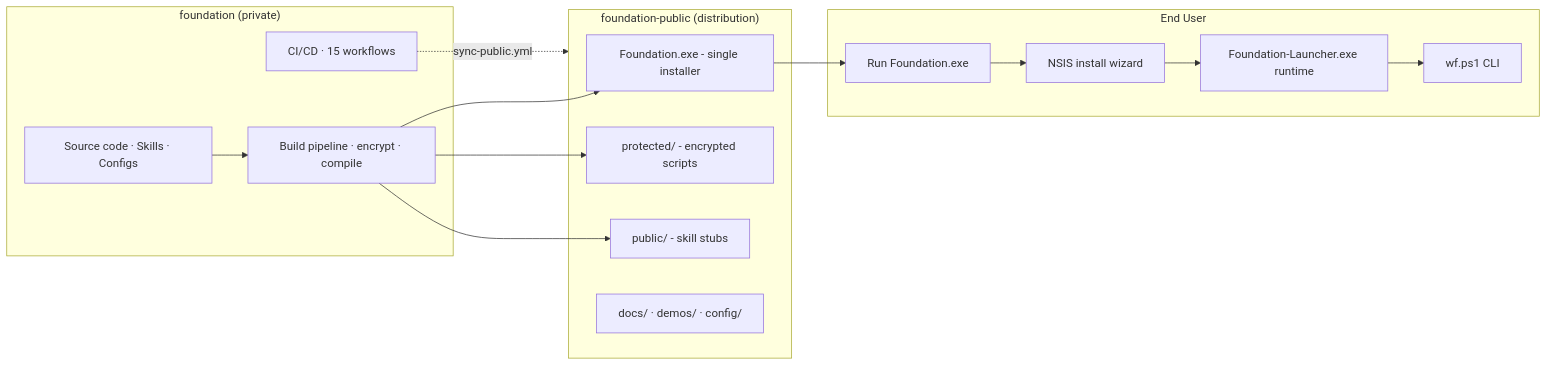
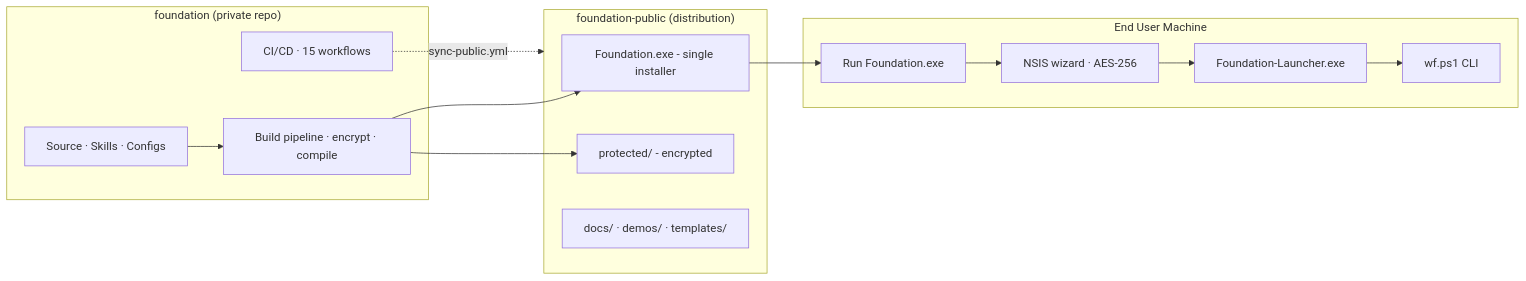
Before and after one commit to EmmanuelOrtiz87/gentle-vanguard: the third of 3 diagrams in README.md, drawn with Mermaid. The commit also changed other lines of this file, not shown here.

First line of the commit message:
docs: add live CLI example, fix Mermaid diagram, improve README structure

````diff
--- a/README.md
+++ b/README.md
@@ -148,32 +205,27 @@
 ```mermaid
 flowchart LR
-    subgraph Private["foundation (private)"]
-        SRC[Source code · Skills · Configs]
+    subgraph Private["foundation (private repo)"]
+        SRC[Source · Skills · Configs]
         BUILD[Build pipeline · encrypt · compile]
         CI[CI/CD · 15 workflows]
     end
 
     subgraph Public["foundation-public (distribution)"]
         EXE[Foundation.exe - single installer]
-        PROTECTED[protected/ - encrypted scripts]
-        PUBLIC[public/ - skill stubs]
-        DOCS[docs/ · demos/ · config/]
+        PROTECTED[protected/ - encrypted]
+        PDOCS[docs/ · demos/ · templates/]
     end
 
-    subgraph User["End User"]
+    subgraph User["End User Machine"]
         INSTALL[Run Foundation.exe]
-        WIZARD[NSIS install wizard]
-        LAUNCHER[Foundation-Launcher.exe runtime]
-        WF[wf.ps1 CLI]
+        WIZARD[NSIS wizard · AES-256]
+        LAUNCHER[Foundation-Launcher.exe]
+        WF_CMD[wf.ps1 CLI]
     end
 
     SRC --> BUILD
     BUILD --> EXE
     BUILD --> PROTECTED
-    BUILD --> PUBLIC
-    EXE --> INSTALL
-    INSTALL --> WIZARD
-    WIZARD --> LAUNCHER
-    LAUNCHER --> WF
+    EXE --> INSTALL --> WIZARD --> LAUNCHER --> WF_CMD
     CI -.->|sync-public.yml| Public
 ```
````
